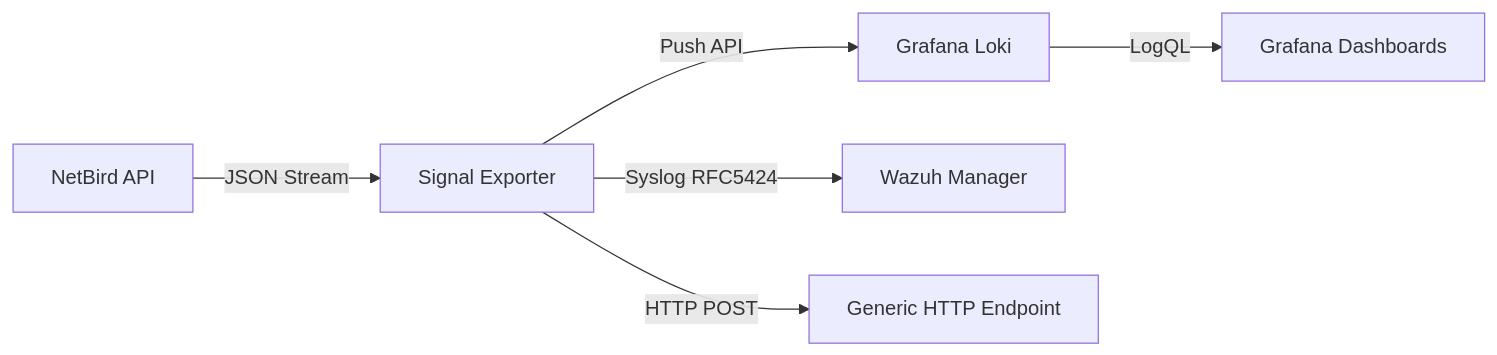
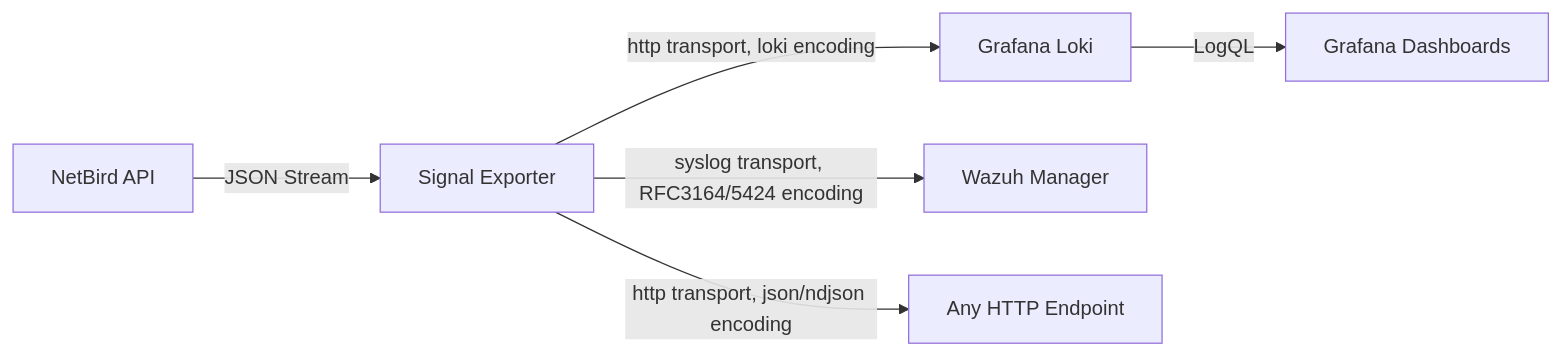
The diagram in README.md (onelrian/auditbridge), drawn with Mermaid before and after one commit. The commit also changed other lines of this file and 9 other files, not shown here.

First line of the commit message:
refactor(sinks): replace vendor-specific sinks with transport+encoding

````diff
--- a/README.md
+++ b/README.md
@@ -21,8 +21,8 @@
 ```mermaid
 flowchart LR
     NA[NetBird API] -->|JSON Stream| Signal[Signal Exporter]
-    Signal -->|Push API| Loki[Grafana Loki]
-    Signal -->|Syslog RFC5424| Wazuh[Wazuh Manager]
-    Signal -->|HTTP POST| HTTP[Generic HTTP Endpoint]
+    Signal -->|http transport, loki encoding| Loki[Grafana Loki]
+    Signal -->|syslog transport, RFC3164/5424 encoding| Wazuh[Wazuh Manager]
+    Signal -->|http transport, json/ndjson encoding| HTTP[Any HTTP Endpoint]
     Loki -->|LogQL| Grafana[Grafana Dashboards]
 ```
````
